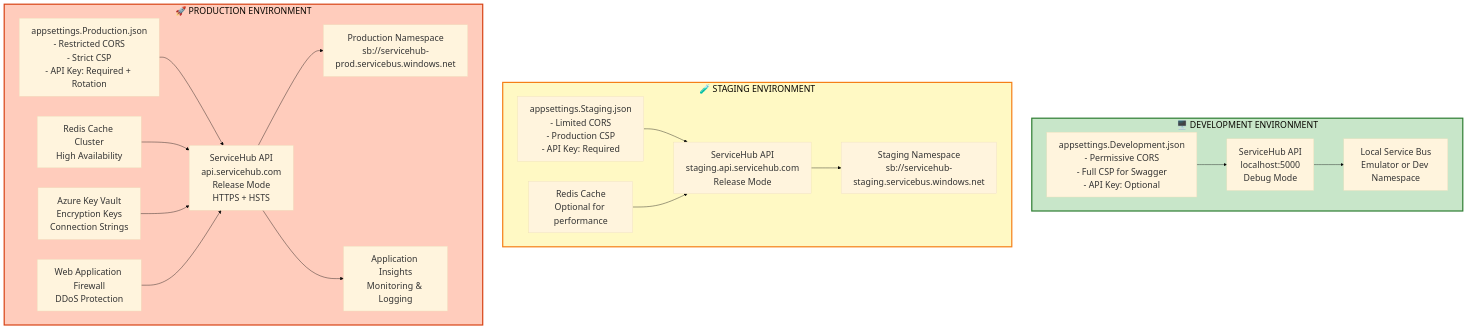
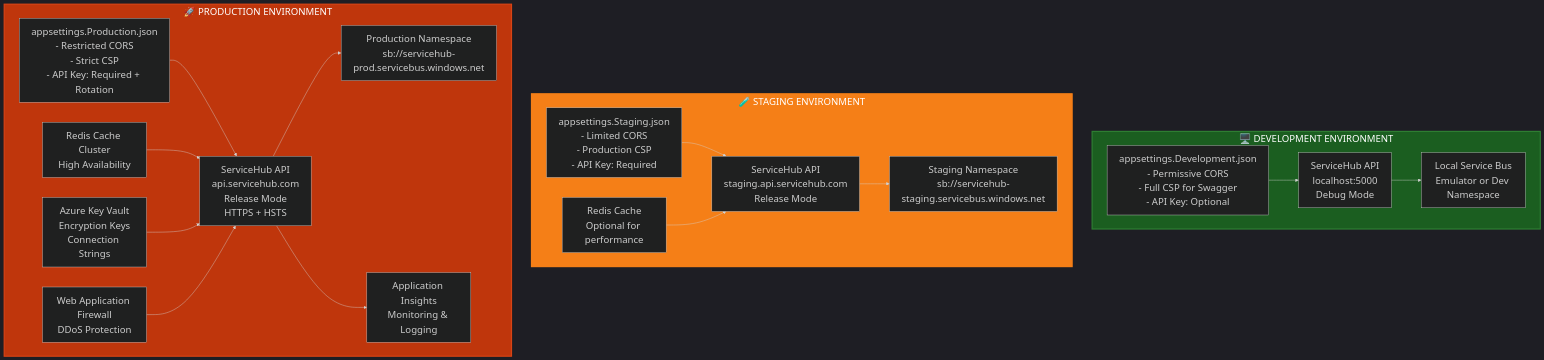
Diagram 12 of 12 in services/api/ARCHITECTURE.md (debdevops/servicehub), drawn with Mermaid before and after one commit. The commit also changed other lines of this file, not shown here.

Commit message:
Update Text and foreground color

````diff
--- a/services/api/ARCHITECTURE.md
+++ b/services/api/ARCHITECTURE.md
@@ -647,44 +668,44 @@
 ```mermaid
-%%{init: {'theme':'base', 'themeVariables': { 'fontSize':'22px'}}}%%
+%%{init: {'theme':'dark', 'themeVariables': { 'fontSize':'24px', 'primaryTextColor':'#ffffff'}}}%%
 graph TB
     subgraph Development["🖥️ DEVELOPMENT ENVIRONMENT"]
         DEV_API["ServiceHub API<br/>localhost:5000<br/>Debug Mode"]
         DEV_SB["Local Service Bus<br/>Emulator or Dev Namespace"]
         DEV_CONFIG["appsettings.Development.json<br/>- Permissive CORS<br/>- Full CSP for Swagger<br/>- API Key: Optional"]
     end
 
     subgraph Staging["🧪 STAGING ENVIRONMENT"]
         STAG_API["ServiceHub API<br/>staging.api.servicehub.com<br/>Release Mode"]
         STAG_SB["Staging Namespace<br/>sb://servicehub-staging.servicebus.windows.net"]
         STAG_CONFIG["appsettings.Staging.json<br/>- Limited CORS<br/>- Production CSP<br/>- API Key: Required"]
         STAG_CACHE["Redis Cache<br/>Optional for performance"]
     end
 
     subgraph Production["🚀 PRODUCTION ENVIRONMENT"]
         PROD_API["ServiceHub API<br/>api.servicehub.com<br/>Release Mode<br/>HTTPS + HSTS"]
         PROD_SB["Production Namespace<br/>sb://servicehub-prod.servicebus.windows.net"]
         PROD_CONFIG["appsettings.Production.json<br/>- Restricted CORS<br/>- Strict CSP<br/>- API Key: Required + Rotation"]
         PROD_CACHE["Redis Cache Cluster<br/>High Availability"]
         PROD_KV["Azure Key Vault<br/>Encryption Keys<br/>Connection Strings"]
         MONITOR["Application Insights<br/>Monitoring & Logging"]
         WAF["Web Application Firewall<br/>DDoS Protection"]
     end
 
     DEV_API --> DEV_SB
     DEV_CONFIG --> DEV_API
     
     STAG_API --> STAG_SB
     STAG_CONFIG --> STAG_API
     STAG_CACHE --> STAG_API
     
     PROD_API --> PROD_SB
     PROD_CONFIG --> PROD_API
     PROD_CACHE --> PROD_API
     PROD_KV --> PROD_API
     PROD_API --> MONITOR
     WAF --> PROD_API
 
-    style Development fill:#c8e6c9,stroke:#2e7d32,stroke-width:3px
-    style Staging fill:#fff9c4,stroke:#f57f17,stroke-width:3px
-    style Production fill:#ffccbc,stroke:#d84315,stroke-width:3px
+    style Development fill:#1b5e20,stroke:#2e7d32,stroke-width:3px,color:#fff
+    style Staging fill:#f57f17,stroke:#f57f17,stroke-width:3px,color:#fff
+    style Production fill:#bf360c,stroke:#d84315,stroke-width:3px,color:#fff
 ```
````
